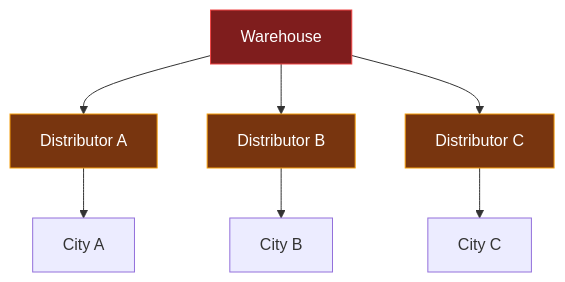
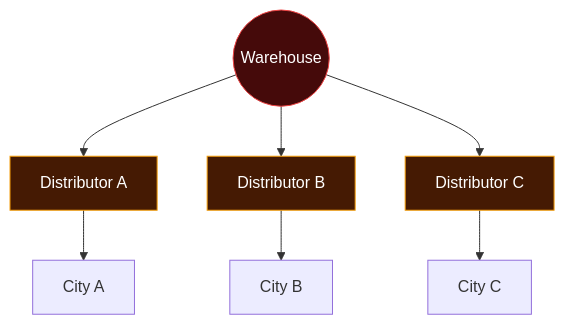
The eighth of 14 diagrams in README.md (codeejb/Foodguard), drawn with Mermaid before and after one commit. The commit also changed other lines of this file, not shown here.

````diff
--- a/README.md
+++ b/README.md
@@ -286,10 +247,10 @@
 ```mermaid
 flowchart TD
-    W[Warehouse] --> DA[Distributor A] --> CA[City A]
+    W(("Warehouse")) --> DA[Distributor A] --> CA[City A]
     W --> DB[Distributor B] --> CB[City B]
     W --> DC[Distributor C] --> CC[City C]
-    style W fill:#7f1d1d,stroke:#ef4444,color:#fff
-    style DA fill:#78350f,stroke:#f59e0b,color:#fff
-    style DB fill:#78350f,stroke:#f59e0b,color:#fff
-    style DC fill:#78350f,stroke:#f59e0b,color:#fff
+    style W fill:#450a0a,stroke:#ef4444,color:#fff
+    style DA fill:#451a03,stroke:#f59e0b,color:#fff
+    style DB fill:#451a03,stroke:#f59e0b,color:#fff
+    style DC fill:#451a03,stroke:#f59e0b,color:#fff
 ```
````
